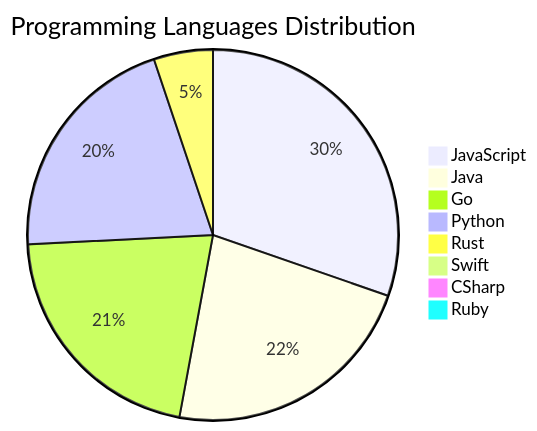
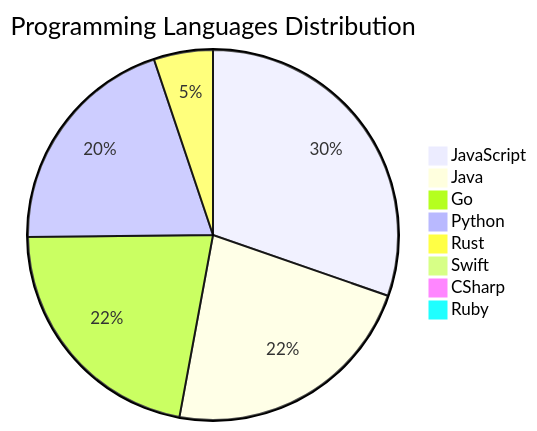
Before and after one commit to Derrick-MUGISHA/github-activity-bot: the diagram in README.md, drawn with Mermaid. The commit also changed other lines of this file and 4 other files, not shown here.

````diff
--- a/README.md
+++ b/README.md
@@ -208,11 +208,11 @@
 ```mermaid
 pie title Programming Languages Distribution
     "JavaScript" : 47
     "Java" : 35
-    "Go" : 33
-    "Python" : 32
+    "Go" : 34
+    "Python" : 31
     "Rust" : 8
     "Swift" : 1
     "CSharp" : 1
     "Ruby" : 1
 ```
````
